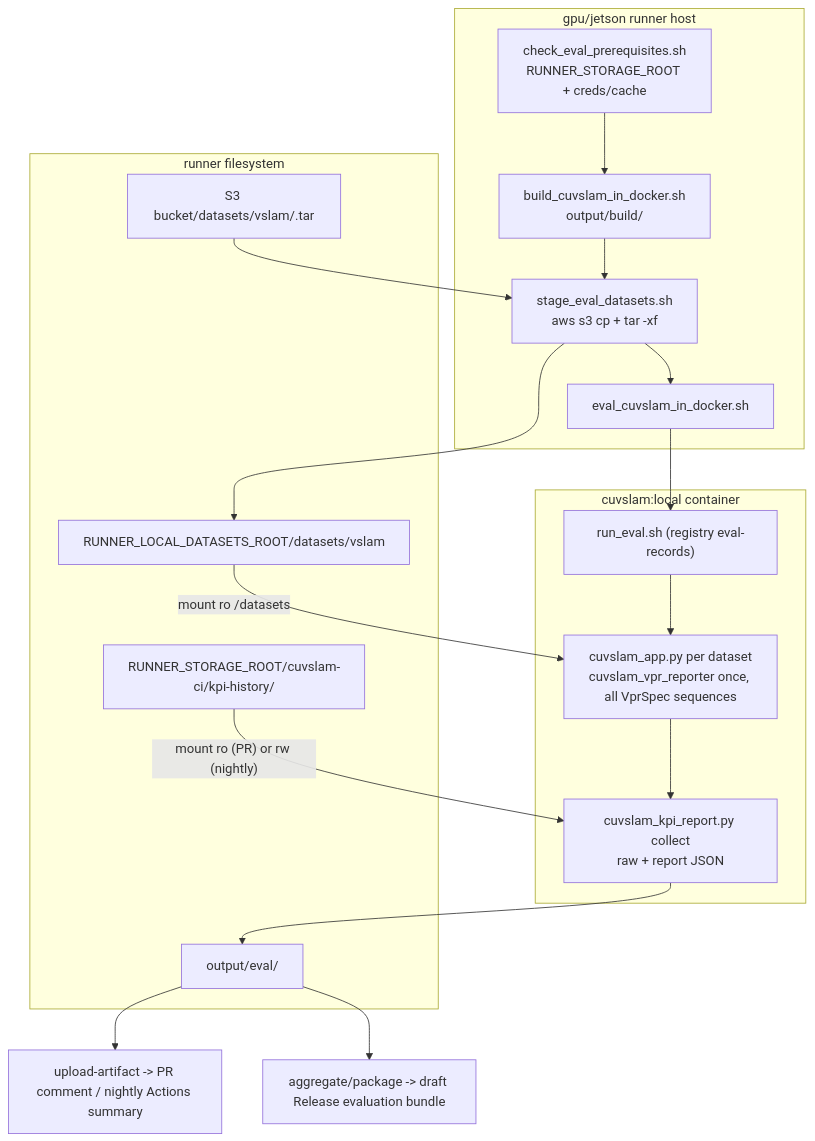
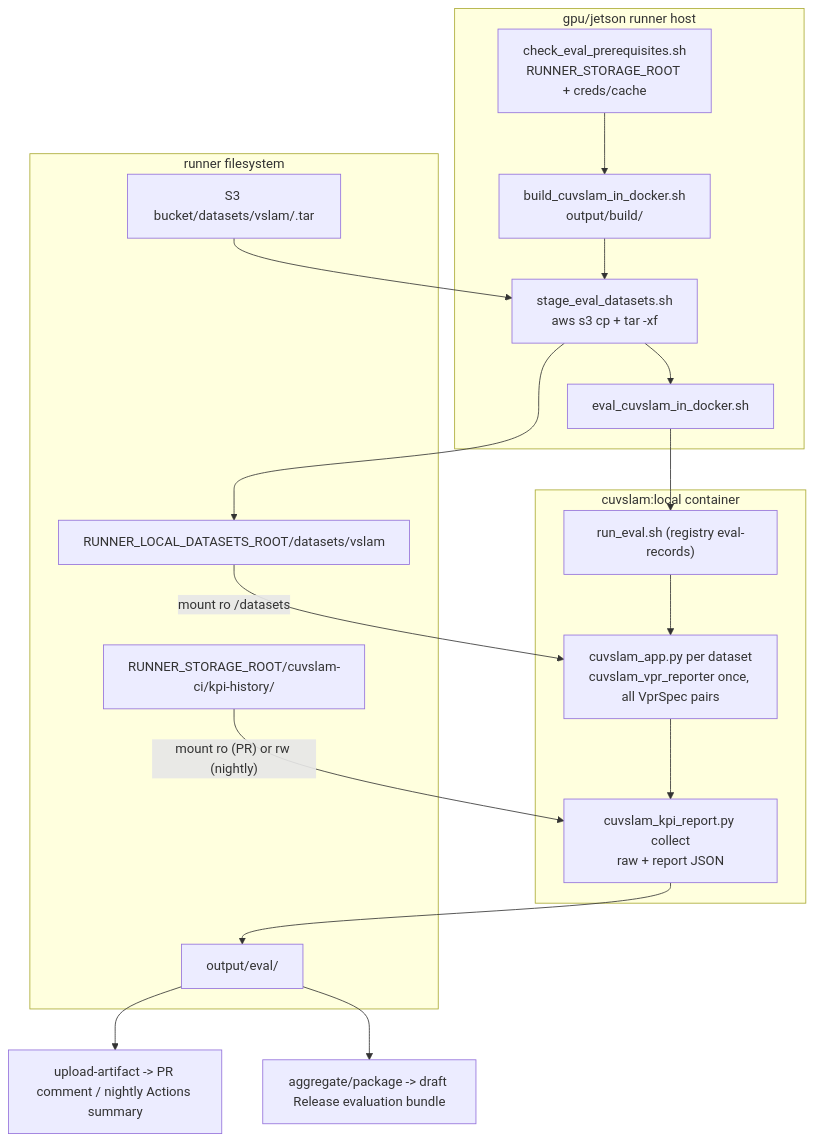
Before and after one commit to nvidia-isaac/cuVSLAM: the diagram in cuvslam-skills/cuvslam-ci/reference.md, drawn with Mermaid. The commit also changed other lines of this file and 6 other files, not shown here.

````diff
--- a/cuvslam-skills/cuvslam-ci/reference.md
+++ b/cuvslam-skills/cuvslam-ci/reference.md
@@ -24,29 +24,29 @@
 ```mermaid
 flowchart TD
   subgraph host [gpu/jetson runner host]
     prereq["check_eval_prerequisites.sh\nRUNNER_STORAGE_ROOT + creds/cache"]
     build["build_cuvslam_in_docker.sh\noutput/build/"]
     stage["stage_eval_datasets.sh\naws s3 cp + tar -xf"]
     wrapper["eval_cuvslam_in_docker.sh"]
     prereq --> build --> stage --> wrapper
   end
   subgraph container [cuvslam:local container]
     inner["run_eval.sh (registry eval-records)"]
-    app["cuvslam_app.py per dataset\ncuvslam_vpr_reporter once, all VprSpec sequences"]
+    app["cuvslam_app.py per dataset\ncuvslam_vpr_reporter once, all VprSpec pairs"]
     kpi["cuvslam_kpi_report.py collect\nraw + report JSON"]
     inner --> app --> kpi
   end
   subgraph fs [runner filesystem]
     s3["S3 bucket/datasets/vslam/<name>.tar"]
     cache["RUNNER_LOCAL_DATASETS_ROOT/datasets/vslam"]
     history["RUNNER_STORAGE_ROOT/cuvslam-ci/kpi-history/<slug>"]
     out["output/eval/"]
   end
   s3 --> stage --> cache
   wrapper --> inner
   cache -->|"mount ro /datasets"| app
   history -->|"mount ro (PR) or rw (nightly)"| kpi
   kpi --> out
   out --> pub["upload-artifact -> PR comment / nightly Actions summary"]
   out --> release["aggregate/package -> draft Release evaluation bundle"]
 ```
````
